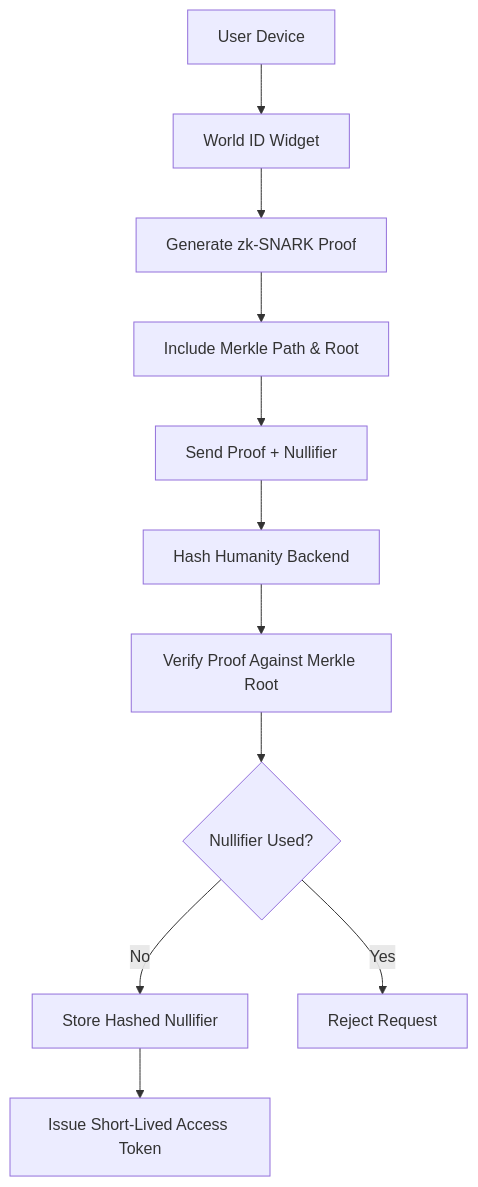
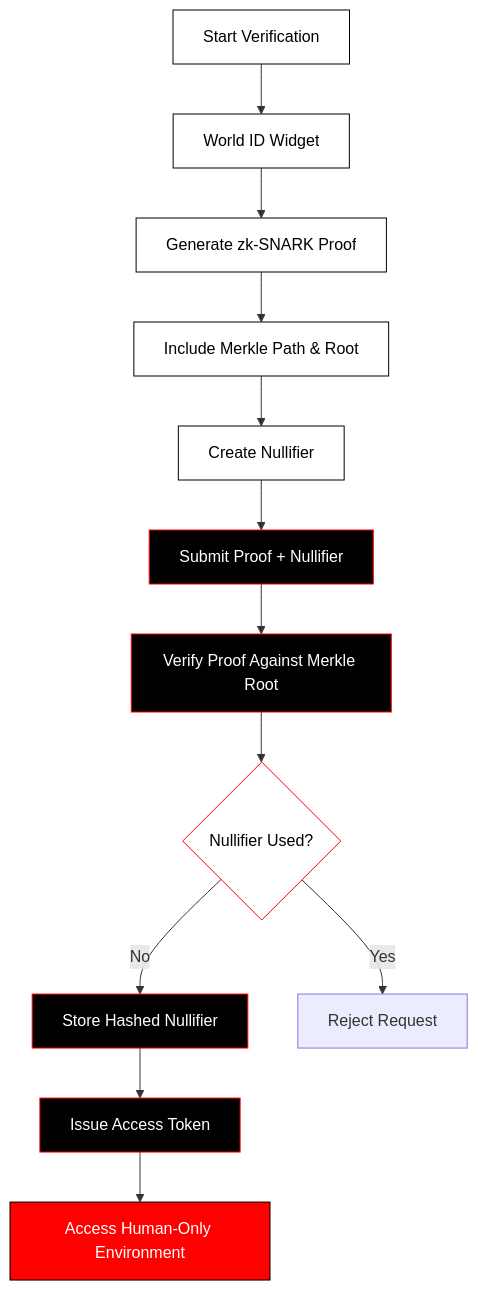
The diagram in README.md (hashhumanity/hash-humanity-whitepaper), drawn with Mermaid before and after one commit. The commit also changed other lines of this file, not shown here.

Commit message:
Enhance README with proof flow and footer
Updated proof generation flow diagram and added footer.

````diff
--- a/README.md
+++ b/README.md
@@ -70,13 +71,37 @@
 ```mermaid
-graph TD
-    A[User Device] --> B[World ID Widget]
-    B --> C[Generate zk-SNARK Proof]
-    C --> D[Include Merkle Path & Root]
-    D --> E[Send Proof + Nullifier]
-    E --> F[Hash Humanity Backend]
-    F --> G[Verify Proof Against Merkle Root]
-    G --> H{Nullifier Used?}
-    H -- No --> I[Store Hashed Nullifier]
-    I --> J[Issue Short-Lived Access Token]
-    H -- Yes --> K[Reject Request]
+flowchart TD
+
+    %% ====== SUPPORTED COLOR CLASSES ======
+    classDef device fill:#ffffff,stroke:#000000,color:#000000;
+    classDef backend fill:#000000,stroke:#ff0000,color:#ffffff;
+    classDef platform fill:#ff0000,stroke:#000000,color:#ffffff;
+    classDef decision fill:#ffffff,stroke:#ff0000,color:#000000;
+
+    %% ====== NODES ======
+    A[Start Verification]
+    B[World ID Widget]
+    C[Generate zk-SNARK Proof]
+    D[Include Merkle Path & Root]
+    E[Create Nullifier]
+
+    F[Submit Proof + Nullifier]
+    G[Verify Proof Against Merkle Root]
+    H{Nullifier Used?}
+    I[Store Hashed Nullifier]
+    J[Issue Access Token]
+    K[Reject Request]
+
+    L[Access Human-Only Environment]
+
+    %% ====== FLOWS ======
+    A --> B --> C --> D --> E --> F
+    F --> G --> H
+    H -- No --> I --> J --> L
+    H -- Yes --> K
+
+    %% ====== APPLY CLASSES ======
+    class A,B,C,D,E device;
+    class F,G,I,J backend;
+    class L platform;
+    class H decision;
 ```
````
